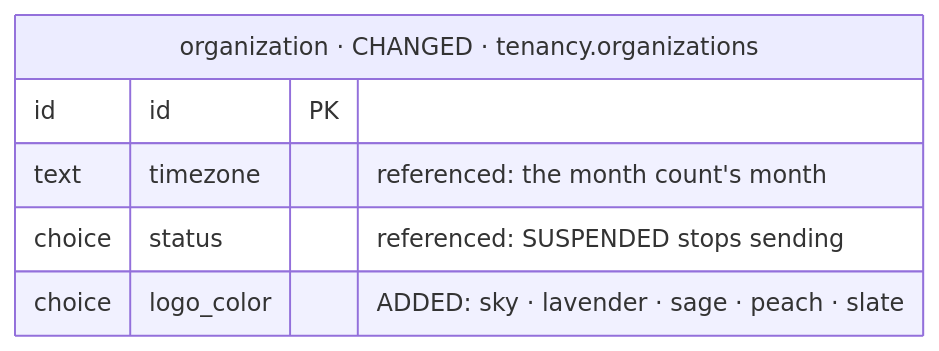
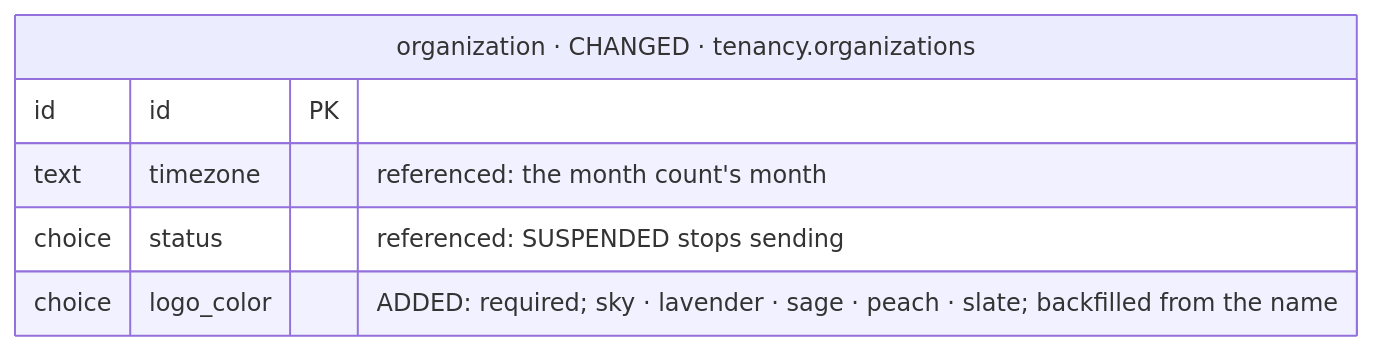
One commit to albetrios/meepzo-be changed diagram 37 of 39 in iterations/feat-instagram-dm-sending-2026-11-23-oxak/plans/db-changes.md. Above: the diagram before and after it, drawn with Mermaid. The commit also changed other lines of this file and 2 other files, not shown here.

````diff
--- a/iterations/feat-instagram-dm-sending-2026-11-23-oxak/plans/db-changes.md
+++ b/iterations/feat-instagram-dm-sending-2026-11-23-oxak/plans/db-changes.md
@@ -1511,9 +1577,9 @@
 ```mermaid
 erDiagram
   organization["organization · CHANGED · tenancy.organizations"] {
     id id PK
     text timezone "referenced: the month count's month"
     choice status "referenced: SUSPENDED stops sending"
-    choice logo_color "ADDED: sky · lavender · sage · peach · slate"
+    choice logo_color "ADDED: required; sky · lavender · sage · peach · slate; backfilled from the name"
   }
 ```
````
